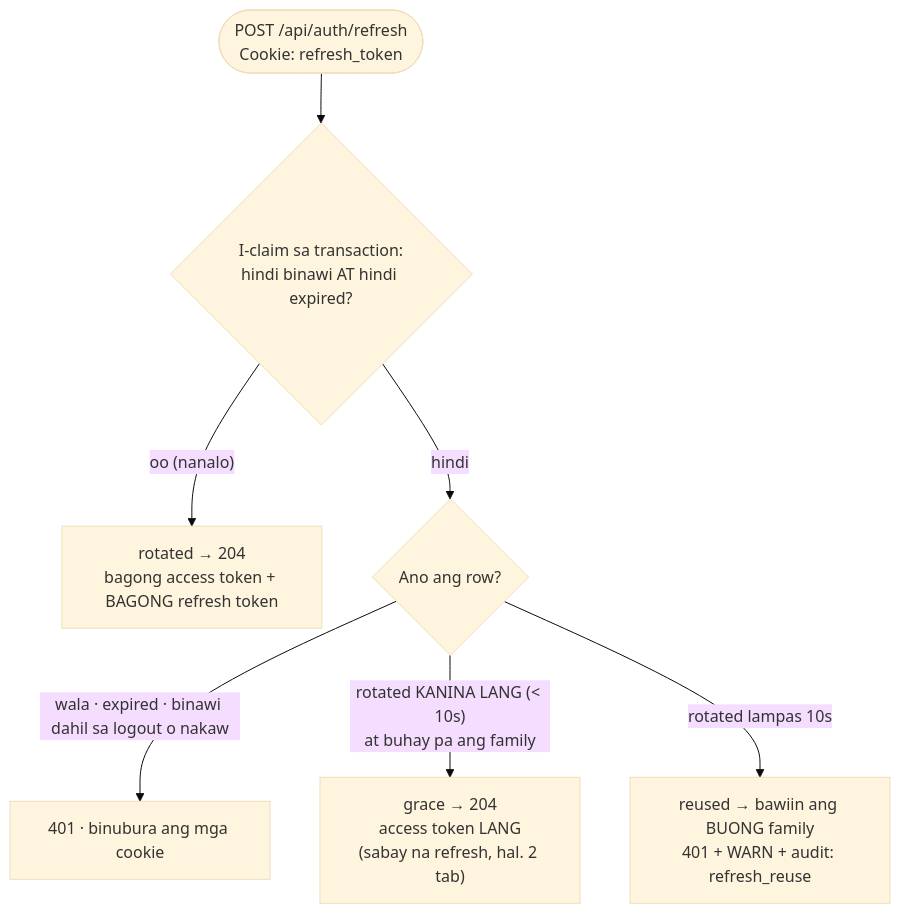
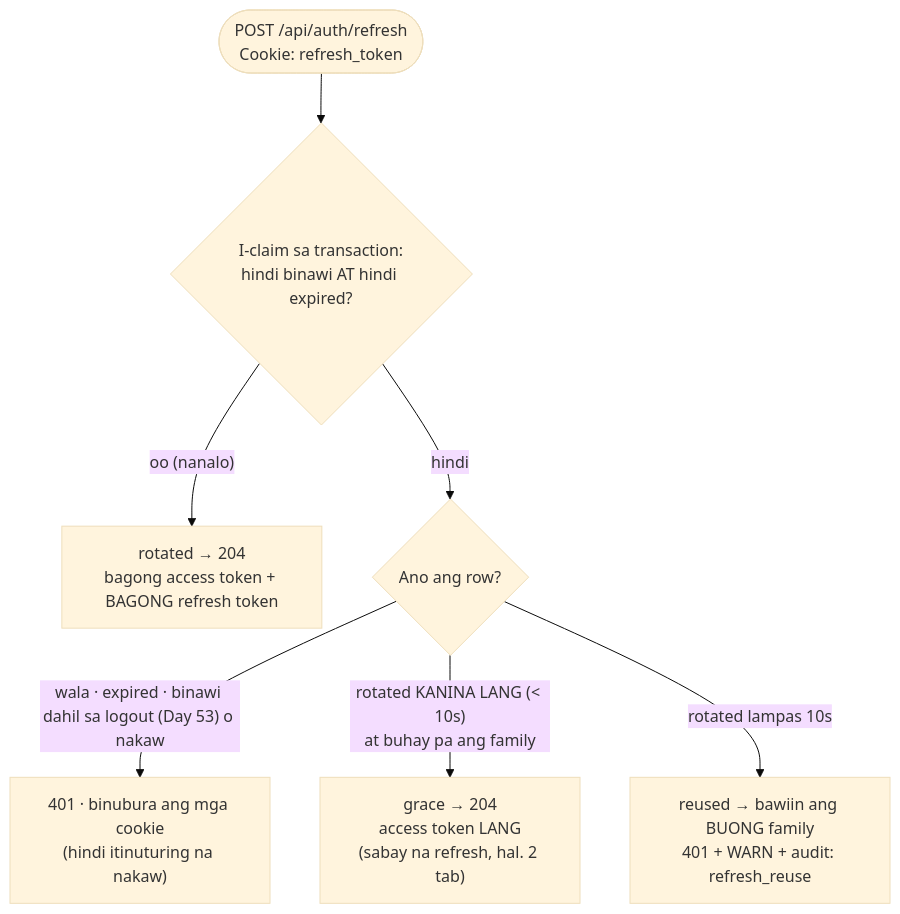
Before and after one commit to nelson1869-ai/auth-learning: the third of 3 diagrams in docs/diagrams/14-refresh-rotation.md, drawn with Mermaid (base theme). The commit also changed other lines of this file and 8 other files, not shown here.

First line of the commit message:
feat: real logout — revoke the refresh token in the database (Day 53)

````diff
--- a/docs/diagrams/14-refresh-rotation.md
+++ b/docs/diagrams/14-refresh-rotation.md
@@ -44,9 +44,9 @@
 ```mermaid
 flowchart TD
     Req(["POST /api/auth/refresh<br/>Cookie: refresh_token"]) --> Claim{"I-claim sa transaction:<br/>hindi binawi AT hindi expired?"}
     Claim -->|"oo (nanalo)"| Rot["rotated → 204<br/>bagong access token + BAGONG refresh token"]
     Claim -->|"hindi"| Row{"Ano ang row?"}
-    Row -->|"wala · expired · binawi dahil sa logout o nakaw"| Inv["401 · binubura ang mga cookie"]
+    Row -->|"wala · expired · binawi dahil sa logout (Day 53) o nakaw"| Inv["401 · binubura ang mga cookie<br/>(hindi itinuturing na nakaw)"]
     Row -->|"rotated KANINA LANG (< 10s)<br/>at buhay pa ang family"| Grace["grace → 204<br/>access token LANG<br/>(sabay na refresh, hal. 2 tab)"]
     Row -->|"rotated lampas 10s"| Reuse["reused → bawiin ang BUONG family<br/>401 + WARN + audit: refresh_reuse"]
 ```
````
